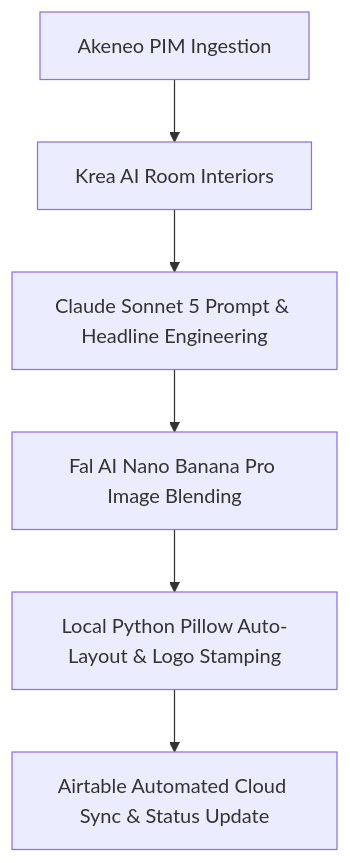
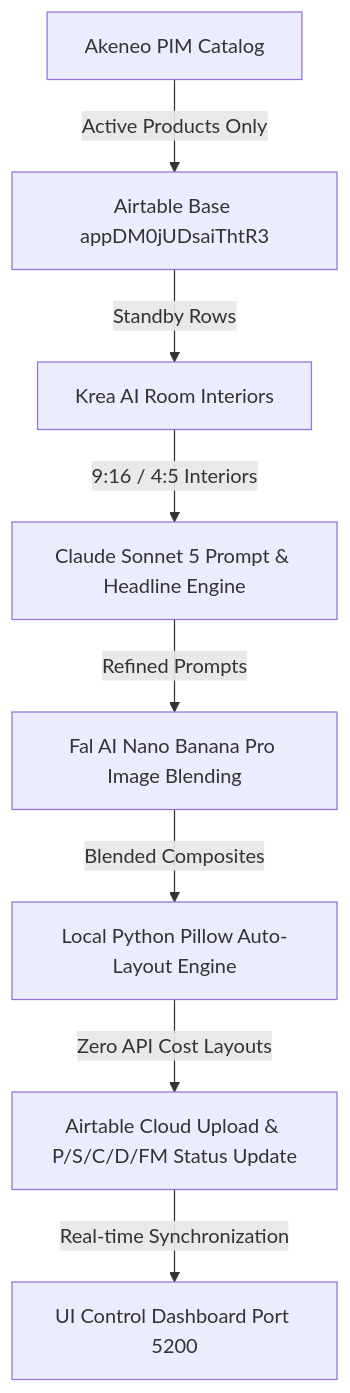
The diagram in README.md (homecartelmarketing-lgtm/marketing-automation), drawn with Mermaid before and after one commit. The commit also changed other lines of this file and 16 other files, not shown here.

````diff
--- a/README.md
+++ b/README.md
@@ -22,8 +101,10 @@
 ```mermaid
 graph TD
-    A[Akeneo PIM Ingestion] --> B[Krea AI Room Interiors]
-    B --> C[Claude Sonnet 5 Prompt & Headline Engineering]
-    C --> D[Fal AI Nano Banana Pro Image Blending]
-    D --> E[Local Python Pillow Auto-Layout & Logo Stamping]
-    E --> F[Airtable Automated Cloud Sync & Status Update]
+    A[Akeneo PIM Catalog] -->|Active Products Only| B[Airtable Base appDM0jUDsaiThtR3]
+    B -->|Standby Rows| C[Krea AI Room Interiors]
+    C -->|9:16 / 4:5 Interiors| D[Claude Sonnet 5 Prompt & Headline Engine]
+    D -->|Refined Prompts| E[Fal AI Nano Banana Pro Image Blending]
+    E -->|Blended Composites| F[Local Python Pillow Auto-Layout Engine]
+    F -->|Zero API Cost Layouts| G[Airtable Cloud Upload & P/S/C/D/FM Status Update]
+    G -->|Real-time Synchronization| H[UI Control Dashboard Port 5200]
 ```
````
